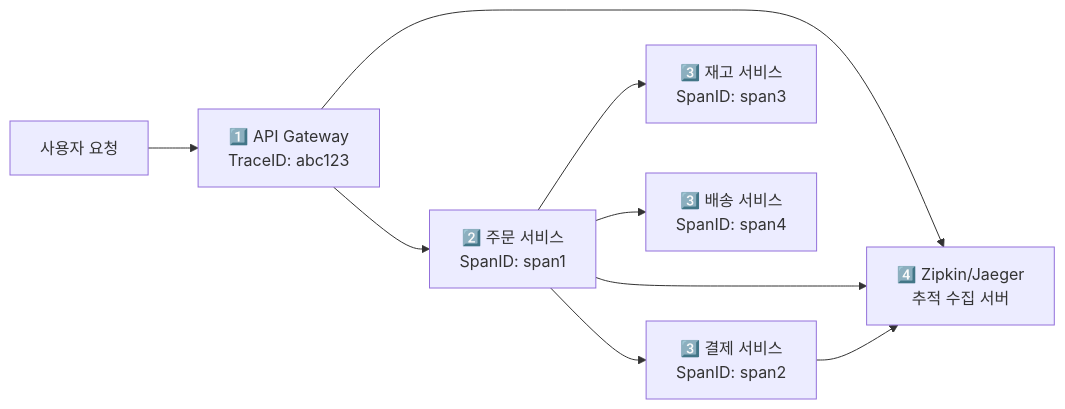
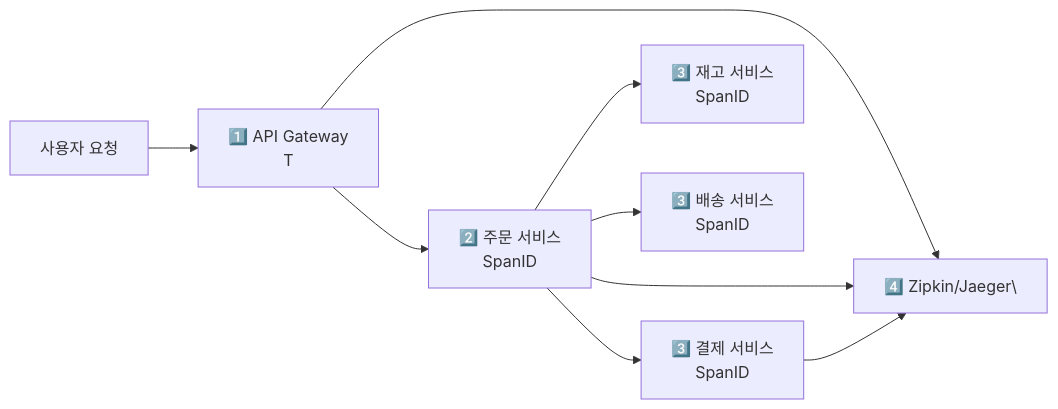
Diagram 12 of 15 in _posts/architecture/2026-05-02-msa-deep.md (yjkim2015/yjkim2015.github.io), drawn with Mermaid before and after one commit. The commit also changed other lines of this file and 271 other files, not shown here.

First line of the commit message:
Mermaid 라벨 축소: 긴 노드 텍스트 18자 이하로 트림 + \n 제거

````diff
--- a/_posts/architecture/2026-05-02-msa-deep.md
+++ b/_posts/architecture/2026-05-02-msa-deep.md
@@ -404,11 +404,11 @@
 ```mermaid
 graph LR
-    Request["사용자 요청"] --> AG["1️⃣ API Gateway\nTraceID: abc123"]
-    AG --> OS["2️⃣ 주문 서비스\nSpanID: span1"]
-    OS --> PS["3️⃣ 결제 서비스\nSpanID: span2"]
-    OS --> IS["3️⃣ 재고 서비스\nSpanID: span3"]
-    OS --> DS["3️⃣ 배송 서비스\nSpanID: span4"]
-    AG --> Zipkin["4️⃣ Zipkin/Jaeger\n추적 수집 서버"]
+    Request["사용자 요청"] --> AG["1️⃣ API Gateway\nT"]
+    AG --> OS["2️⃣ 주문 서비스\nSpanID"]
+    OS --> PS["3️⃣ 결제 서비스\nSpanID"]
+    OS --> IS["3️⃣ 재고 서비스\nSpanID"]
+    OS --> DS["3️⃣ 배송 서비스\nSpanID"]
+    AG --> Zipkin["4️⃣ Zipkin/Jaeger\"]
     OS --> Zipkin
     PS --> Zipkin
 ```
````
